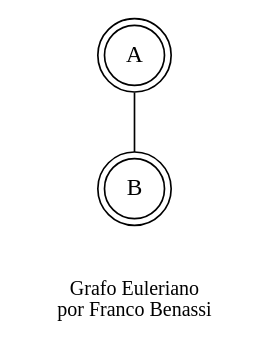
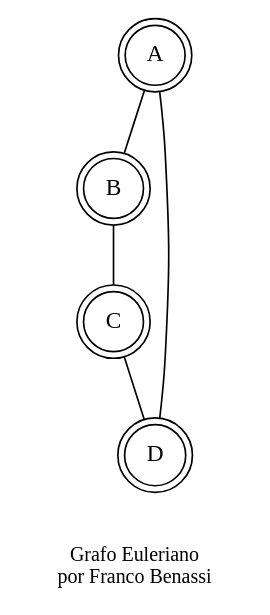
One commit to VinceBenassi/BenassiF-Repositorio changed the diagram in euleriano.gv. Above: the diagram before and after it, drawn with Graphviz. The commit also changed 2 other files, not shown here.

```diff
--- a/euleriano.gv
+++ b/euleriano.gv
@@ -1,6 +1,15 @@
 graph G {
 	node [shape=doublecircle]
 	A
 	A -- B
+	node [shape=doublecircle]
+	B
+	B -- C
+	node [shape=doublecircle]
+	C
+	C -- D
+	node [shape=doublecircle]
+	D
+	D -- A
 	fontsize=12 label="\n\nGrafo Euleriano\n por Franco Benassi"
 }
```
